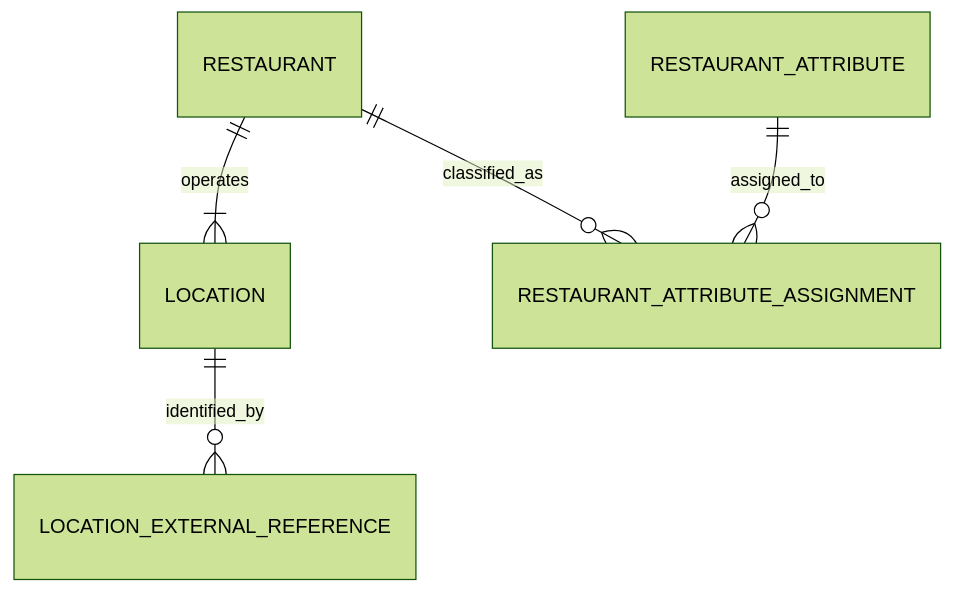
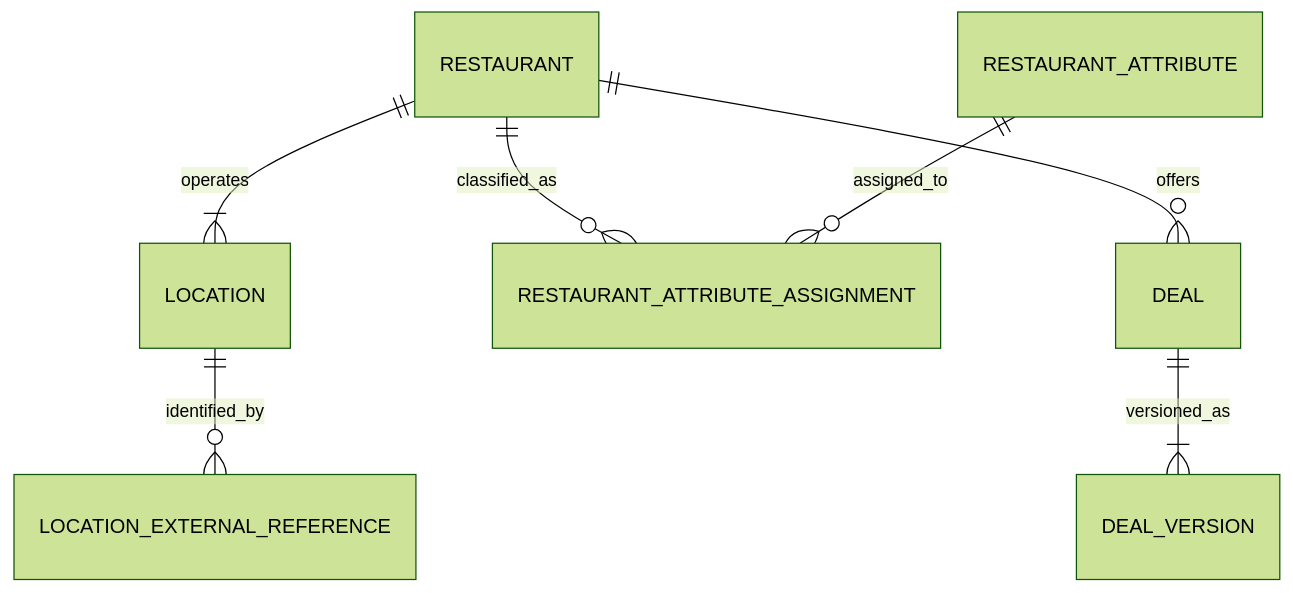
Before and after one commit to arivera1128/WhereWeGoing: the diagram in docs/docs/RELATIONAL_MODEL.md, drawn with Mermaid (forest theme). The commit also changed other lines of this file and 1 other file, not shown here.

Commit message:
Model immutable deal versions

````diff
--- a/docs/docs/RELATIONAL_MODEL.md
+++ b/docs/docs/RELATIONAL_MODEL.md
@@ -97,7 +134,9 @@
 ```mermaid
 erDiagram
   RESTAURANT ||--|{ LOCATION : operates
   LOCATION ||--o{ LOCATION_EXTERNAL_REFERENCE : identified_by
   RESTAURANT ||--o{ RESTAURANT_ATTRIBUTE_ASSIGNMENT : classified_as
   RESTAURANT_ATTRIBUTE ||--o{ RESTAURANT_ATTRIBUTE_ASSIGNMENT : assigned_to
+  RESTAURANT ||--o{ DEAL : offers
+  DEAL ||--|{ DEAL_VERSION : versioned_as
 ```
````
